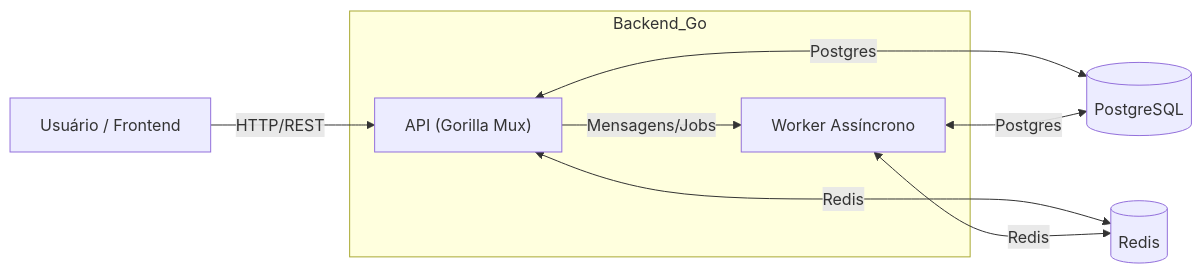
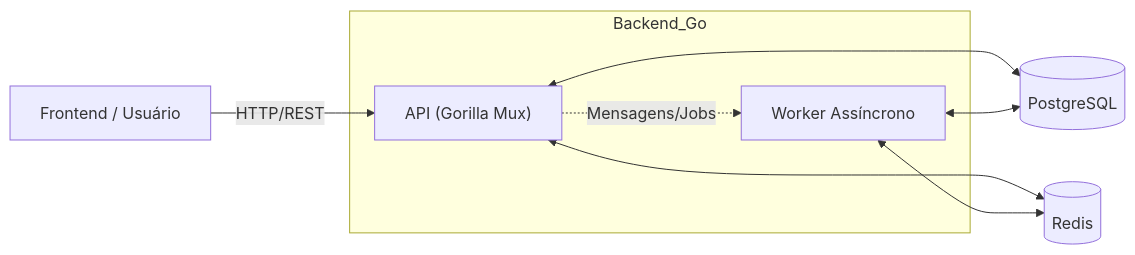
The diagram in README.md (Maria-Leiliane/go-guardiao-api), drawn with Mermaid before and after one commit. The commit also changed other lines of this file and 17 other files, not shown here.

````diff
--- a/README.md
+++ b/README.md
@@ -22,17 +20,17 @@
 ```mermaid
 flowchart LR
-    subgraph Backend_Go
-        API["API (Gorilla Mux)"]
-        Worker["Worker Assíncrono"]
-    end
+  subgraph Backend_Go
+    API["API (Gorilla Mux)"]
+    Worker["Worker Assíncrono"]
+  end
 
-    Client[Usuário / Frontend] -->|HTTP/REST| API
+  Client[Frontend / Usuário] -->|HTTP/REST| API
 
-    API <--> |Postgres| DB[(PostgreSQL)]
-    API <--> |Redis| Cache[(Redis)]
+  API <--> DB[(PostgreSQL)]
+  API <--> Cache[(Redis)]
 
-    Worker <--> |Postgres| DB
-    Worker <--> |Redis| Cache
+  Worker <--> DB
+  Worker <--> Cache
 
-    API -- Mensagens/Jobs --> Worker
+  API -. Mensagens/Jobs .-> Worker
 ```
````
